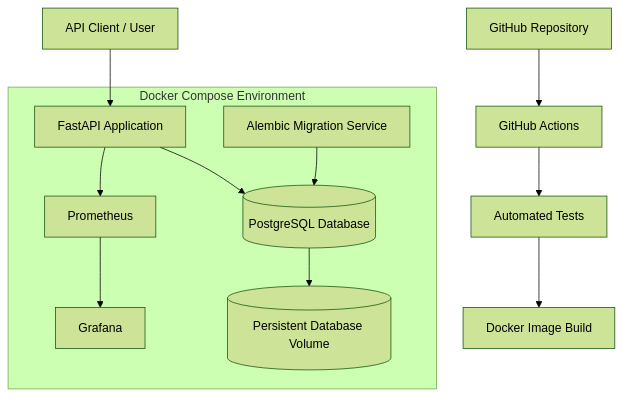
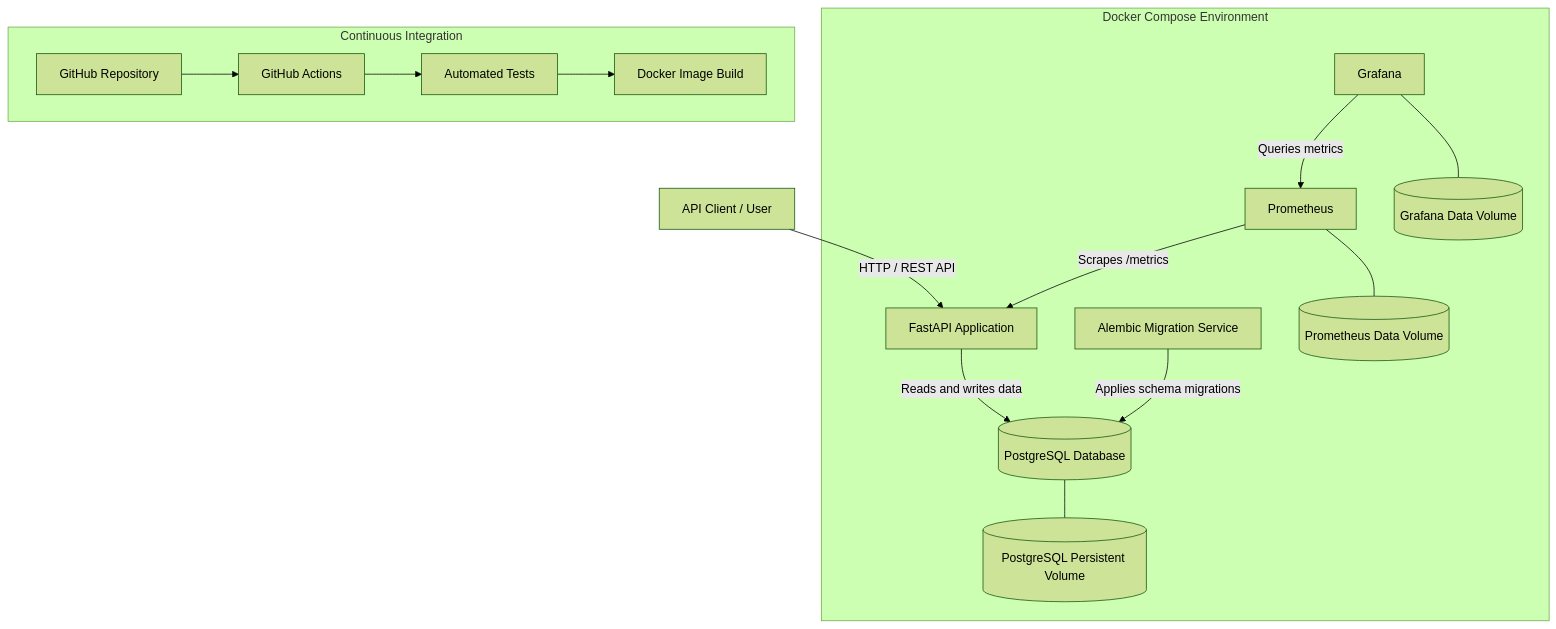
Before and after one commit to Operahdam/finstack-api: the diagram in README.md, drawn with Mermaid (forest theme). The commit also changed other lines of this file, not shown here.

Commit message:
docs: correct architecture and repository documentation

````diff
--- a/README.md
+++ b/README.md
@@ -59,19 +61,37 @@
 ```mermaid
 flowchart TB
-    U[API Client / User] --> API[FastAPI Application]
+    CLIENT[API Client / User]
 
-    subgraph Docker Compose Environment
-        API --> DB[(PostgreSQL Database)]
+    subgraph DOCKER["Docker Compose Environment"]
+        API["FastAPI Application"]
+        MIG["Alembic Migration Service"]
+        DB[("PostgreSQL Database")]
+        PV[("PostgreSQL Persistent Volume")]
+        PROM["Prometheus"]
+        PROMVOL[("Prometheus Data Volume")]
+        GRAF["Grafana"]
+        GRAFVOL[("Grafana Data Volume")]
 
-        MIG[Alembic Migration Service] --> DB
+        MIG -->|"Applies schema migrations"| DB
+        API -->|"Reads and writes data"| DB
+        DB --- PV
 
-        API --> PROM[Prometheus]
-        PROM --> GRAF[Grafana]
-
-        DB --> VOL[(Persistent Database Volume)]
+        PROM -->|"Scrapes /metrics"| API
+        PROM --- PROMVOL
+        GRAF -->|"Queries metrics"| PROM
+        GRAF --- GRAFVOL
     end
 
-    GH[GitHub Repository] --> CI[GitHub Actions]
-    CI --> TEST[Automated Tests]
-    TEST --> BUILD[Docker Image Build]
+    CLIENT -->|"HTTP / REST API"| API
+
+    subgraph CICD["Continuous Integration"]
+        GH["GitHub Repository"]
+        CI["GitHub Actions"]
+        TEST["Automated Tests"]
+        BUILD["Docker Image Build"]
+
+        GH --> CI
+        CI --> TEST
+        TEST --> BUILD
+    end
 ```
````
